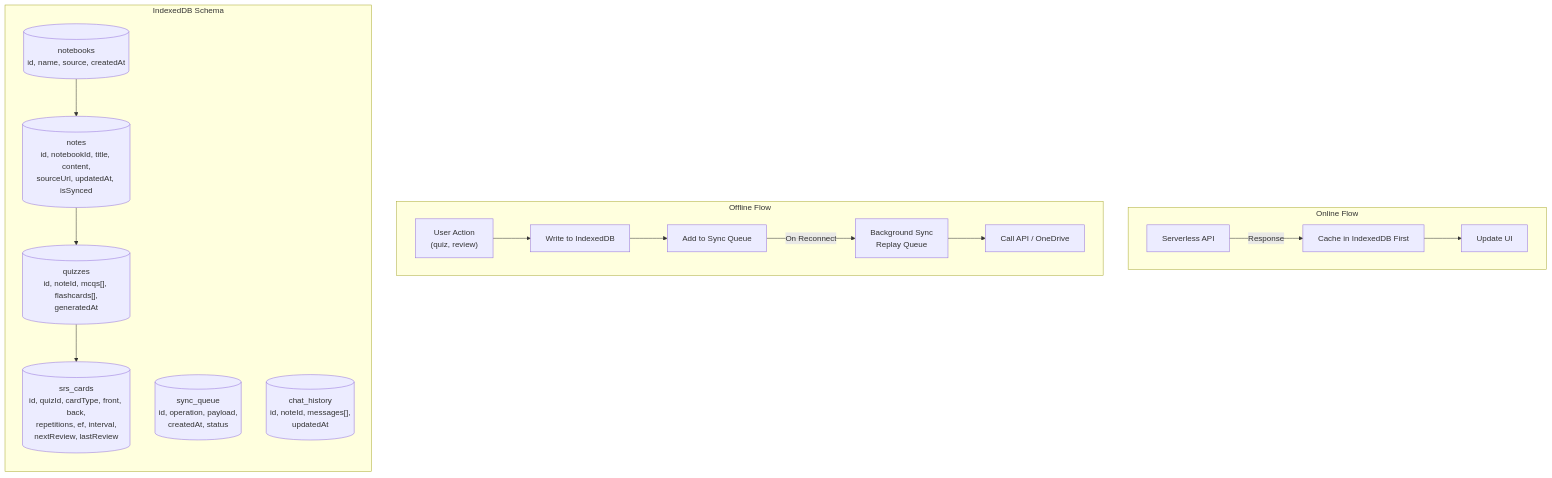
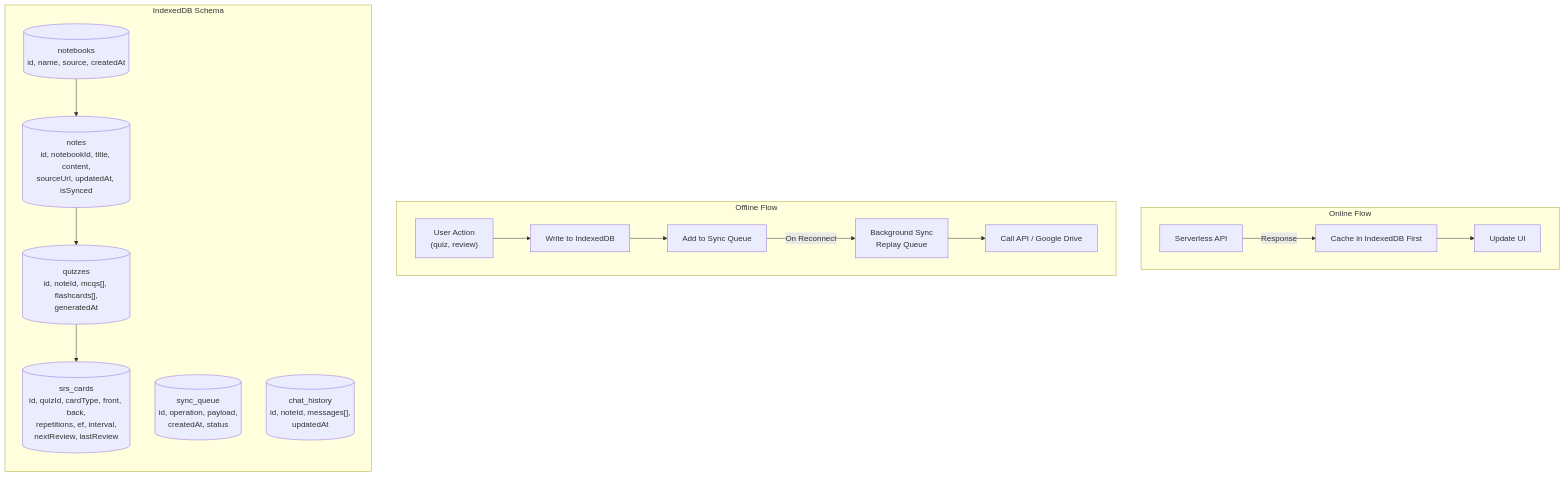
Before and after one commit to Strider221B/synapse-sync: the fourth of 8 diagrams in documentation/design/high_level/02_system_architecture.md, drawn with Mermaid. The commit also changed other lines of this file and 5 other files, not shown here.

````diff
--- a/documentation/design/high_level/02_system_architecture.md
+++ b/documentation/design/high_level/02_system_architecture.md
@@ -222,30 +222,30 @@
 ```mermaid
 graph TB
     subgraph "Online Flow"
         direction LR
         API["Serverless API"] -->|Response| CACHE_FIRST["Cache in IndexedDB First"]
         CACHE_FIRST --> UI_UPDATE["Update UI"]
     end
 
     subgraph "Offline Flow"
         direction LR
         USER_ACTION["User Action<br/>(quiz, review)"] --> LOCAL_WRITE["Write to IndexedDB"]
         LOCAL_WRITE --> QUEUE["Add to Sync Queue"]
         QUEUE -->|On Reconnect| BG_SYNC_REPLAY["Background Sync<br/>Replay Queue"]
-        BG_SYNC_REPLAY --> API_SYNC["Call API / OneDrive"]
+        BG_SYNC_REPLAY --> API_SYNC["Call API / Google Drive"]
     end
 
     subgraph "IndexedDB Schema"
         direction TB
         NOTEBOOKS[("notebooks<br/>id, name, source, createdAt")]
         NOTES_TBL[("notes<br/>id, notebookId, title, content,<br/>sourceUrl, updatedAt, isSynced")]
         QUIZZES[("quizzes<br/>id, noteId, mcqs[], flashcards[],<br/>generatedAt")]
         SRS_STATE[("srs_cards<br/>id, quizId, cardType, front, back,<br/>repetitions, ef, interval,<br/>nextReview, lastReview")]
         SYNC_QUEUE_TBL[("sync_queue<br/>id, operation, payload,<br/>createdAt, status")]
         CHAT_HIST[("chat_history<br/>id, noteId, messages[],<br/>updatedAt")]
     end
 
     NOTEBOOKS --> NOTES_TBL
     NOTES_TBL --> QUIZZES
     QUIZZES --> SRS_STATE
 ```
````
